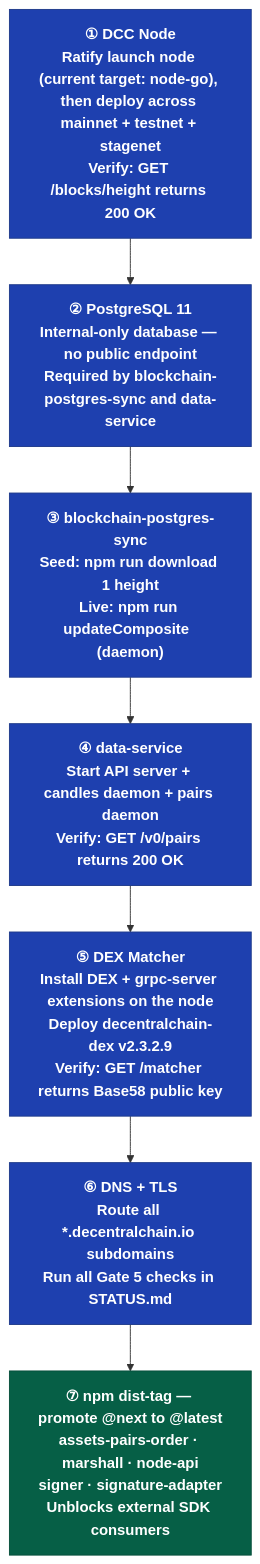
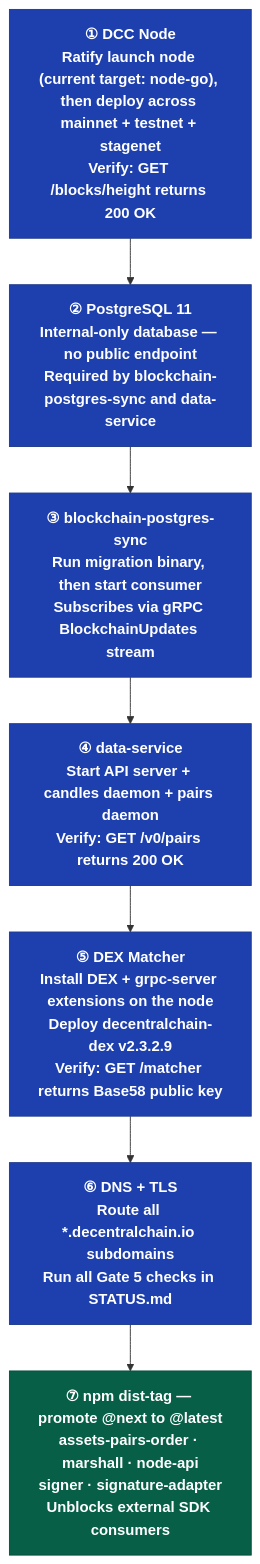
The ninth of 9 diagrams in docs/ECOSYSTEM.md (Decentral-America/DecentralChain), drawn with Mermaid before and after one commit. The commit also changed other lines of this file and 2 other files, not shown here.

````diff
--- a/docs/ECOSYSTEM.md
+++ b/docs/ECOSYSTEM.md
@@ -605,23 +605,23 @@
 ```mermaid
 flowchart TD
     classDef step fill:#1E40AF,stroke:#1E3A8A,color:#fff,font-weight:bold
     classDef final fill:#065F46,stroke:#064E3B,color:#fff,font-weight:bold
 
     S1["① DCC Node<br/>Ratify launch node (current target: node-go), then deploy across mainnet + testnet + stagenet<br/>Verify: GET /blocks/height returns 200 OK"]
     S2["② PostgreSQL 11<br/>Internal-only database — no public endpoint<br/>Required by blockchain-postgres-sync and data-service"]
-    S3["③ blockchain-postgres-sync<br/>Seed: npm run download 1 height<br/>Live: npm run updateComposite  (daemon)"]
+    S3["③ blockchain-postgres-sync<br/>Run migration binary, then start consumer<br/>Subscribes via gRPC BlockchainUpdates stream"]
     S4["④ data-service<br/>Start API server + candles daemon + pairs daemon<br/>Verify: GET /v0/pairs returns 200 OK"]
     S5["⑤ DEX Matcher<br/>Install DEX + grpc-server extensions on the node<br/>Deploy decentralchain-dex v2.3.2.9<br/>Verify: GET /matcher returns Base58 public key"]
     S6["⑥ DNS + TLS<br/>Route all *.decentralchain.io subdomains<br/>Run all Gate 5 checks in STATUS.md"]
     S7["⑦ npm dist-tag — promote @next to @latest<br/>assets-pairs-order · marshall · node-api<br/>signer · signature-adapter<br/>Unblocks external SDK consumers"]
 
     S1 --> S2
     S2 --> S3
     S3 --> S4
     S4 --> S5
     S5 --> S6
     S6 --> S7
 
     class S1,S2,S3,S4,S5,S6 step
     class S7 final
 ```
````
